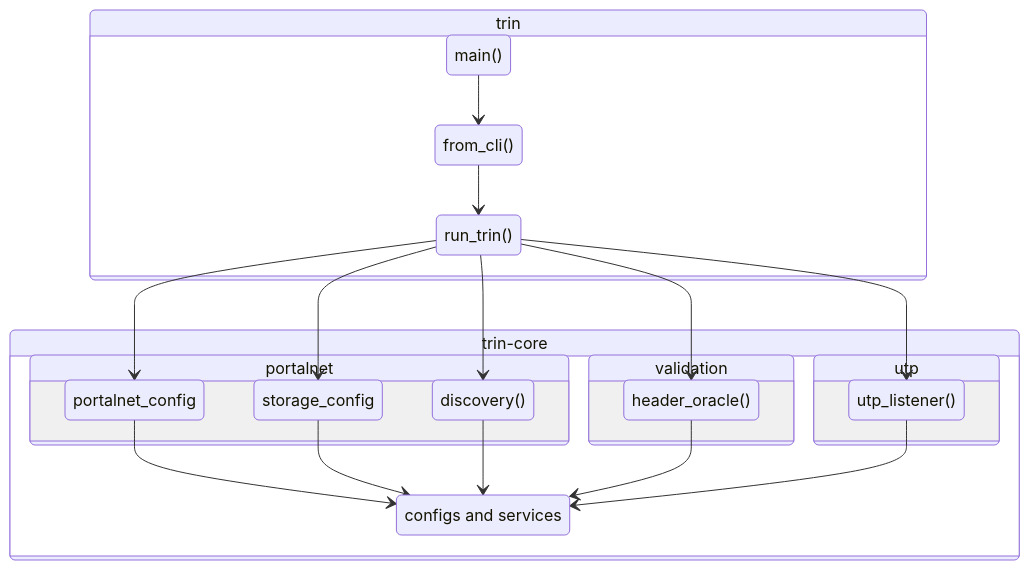
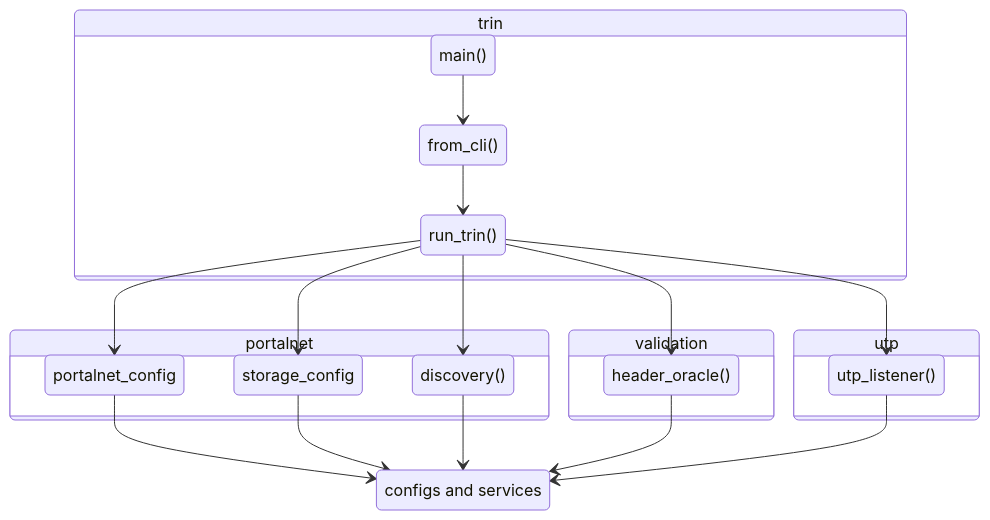
Before and after one commit to ethereum/trin: the second of 3 diagrams in book/src/developers/architecture/process_flow.md, drawn with Mermaid. The commit also changed other lines of this file and 11 other files, not shown here.

Commit message:
fix: remove outdated trin-core

````diff
--- a/book/src/developers/architecture/process_flow.md
+++ b/book/src/developers/architecture/process_flow.md
@@ -29,37 +29,33 @@
 ```mermaid
 stateDiagram-v2
-    trincore: trin-core
     collection: configs and services
 
     state trin {
         main() --> from_cli()
         from_cli() --> run_trin()
         run_trin() --> discovery()
         run_trin() --> utp_listener()
         run_trin() --> header_oracle()
         run_trin() --> portalnet_config
         run_trin() --> storage_config
 
     }
 
-    state trincore {
-        portalnet_config --> collection
-        storage_config --> collection
-        discovery() --> collection
-        header_oracle() --> collection
-        utp_listener() --> collection
+    portalnet_config --> collection
+    storage_config --> collection
+    discovery() --> collection
+    header_oracle() --> collection
+    utp_listener() --> collection
 
-
-        state portalnet {
-            portalnet_config
-            storage_config
-            discovery()
-        }
-        state utp {
-            utp_listener()
-        }
-        state validation {
-            header_oracle()
-        }
+    state portalnet {
+        portalnet_config
+        storage_config
+        discovery()
+    }
+    state utp {
+        utp_listener()
+    }
+    state validation {
+        header_oracle()
     }
 ```
````
